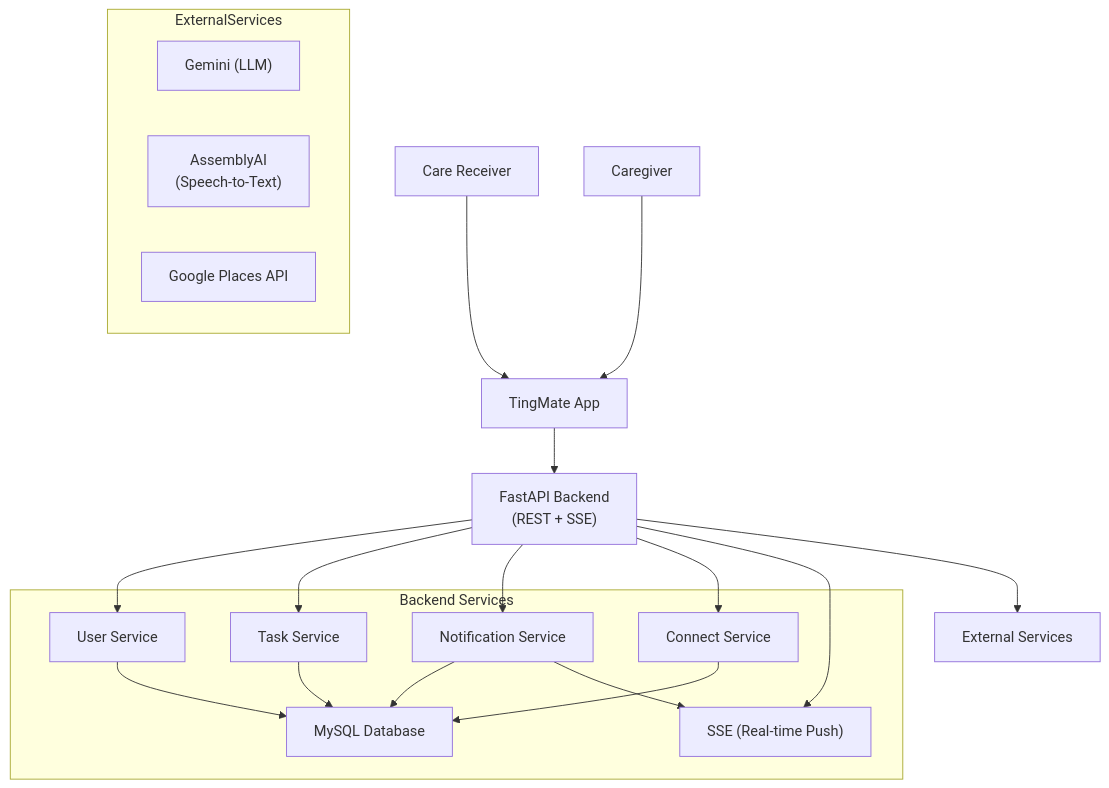
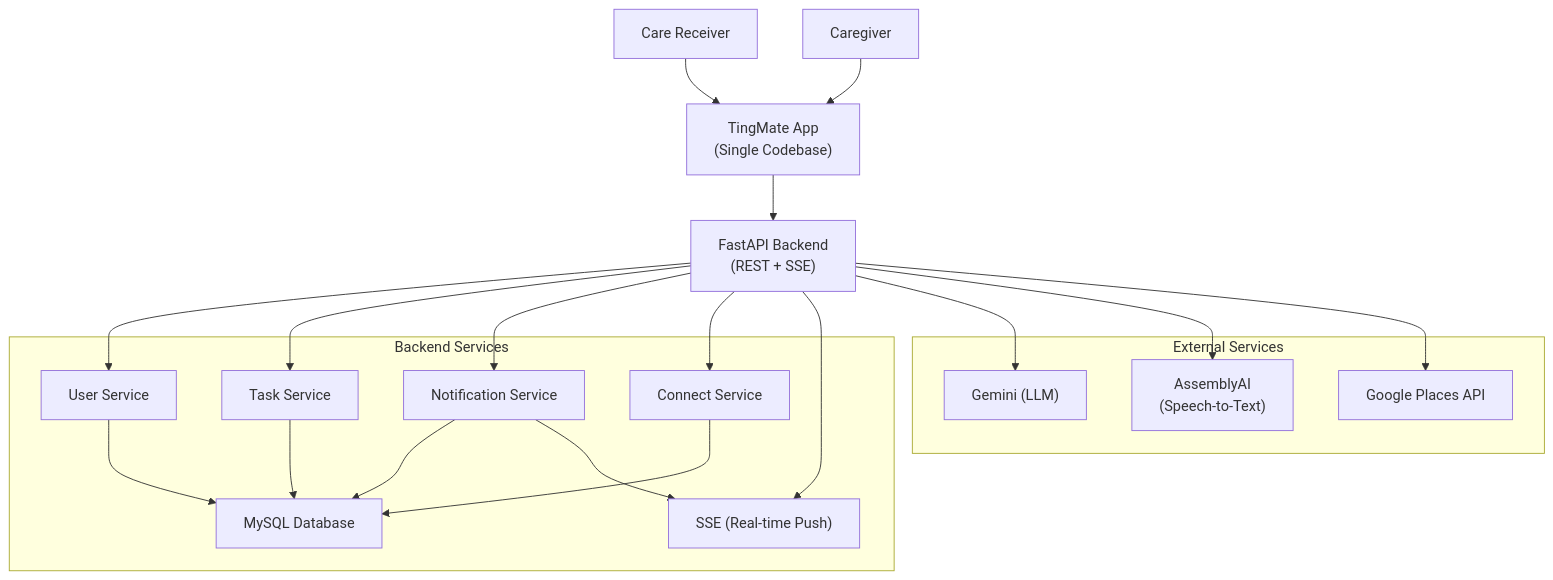
Before and after one commit to vivi2393142/ting-mate-backend: the diagram in README.md, drawn with Mermaid.

Commit message:
docs: update chart

````diff
--- a/README.md
+++ b/README.md
@@ -19,39 +19,28 @@
 ```mermaid
-  flowchart TD
-    CareReceiver["Care Receiver"]
-    Caregiver["Caregiver"]
-    App["TingMate App"]
-    CareReceiver --> App
-    Caregiver --> App
+flowchart TD
+ subgraph Backend["Backend Services"]
+        UserService["User Service"]
+        TaskService["Task Service"]
+        NotificationService["Notification Service"]
+        ConnectService["Connect Service"]
+        SSE["SSE (Real-time Push)"]
+        DB["MySQL Database"]
+  end
+  subgraph External["External Services"]
+        Gemini["Gemini (LLM)"]
+        Assembly["AssemblyAI\n(Speech-to-Text)"]
+        GoogleAPI["Google Places API"]
+  end
 
+    CareReceiver["Care Receiver"] --> App["TingMate App\n(Single Codebase)"]
+    Caregiver["Caregiver"] --> App
     App --> BackendAPI["FastAPI Backend\n(REST + SSE)"]
-
-    subgraph Backend ["Backend Services"]
-      UserService["User Service"]
-      TaskService["Task Service"]
-      NotificationService["Notification Service"]
-      ConnectService["Connect Service"]
-      SSE["SSE (Real-time Push)"]
-      DB["MySQL Database"]
-
-      UserService --> DB
-      TaskService --> DB
-      NotificationService --> DB
-      ConnectService --> DB
-      NotificationService --> SSE
-    end
-
-    BackendAPI --> UserService
-    BackendAPI --> TaskService
-    BackendAPI --> NotificationService
-    BackendAPI --> ConnectService
-    BackendAPI --> SSE
-
-    BackendAPI --> External["External Services"]
-
-    subgraph ExternalServices
-      Gemini["Gemini (LLM)"]
-      Assembly["AssemblyAI\n(Speech-to-Text)"]
-      GoogleAPI["Google Places API"]
-    end
+    UserService --> DB
+    TaskService --> DB
+    NotificationService --> DB & SSE
+    ConnectService --> DB
+    BackendAPI --> UserService & TaskService & NotificationService & ConnectService & SSE
+    BackendAPI --> Gemini
+    BackendAPI --> Assembly
+    BackendAPI --> GoogleAPI
 ```
````
